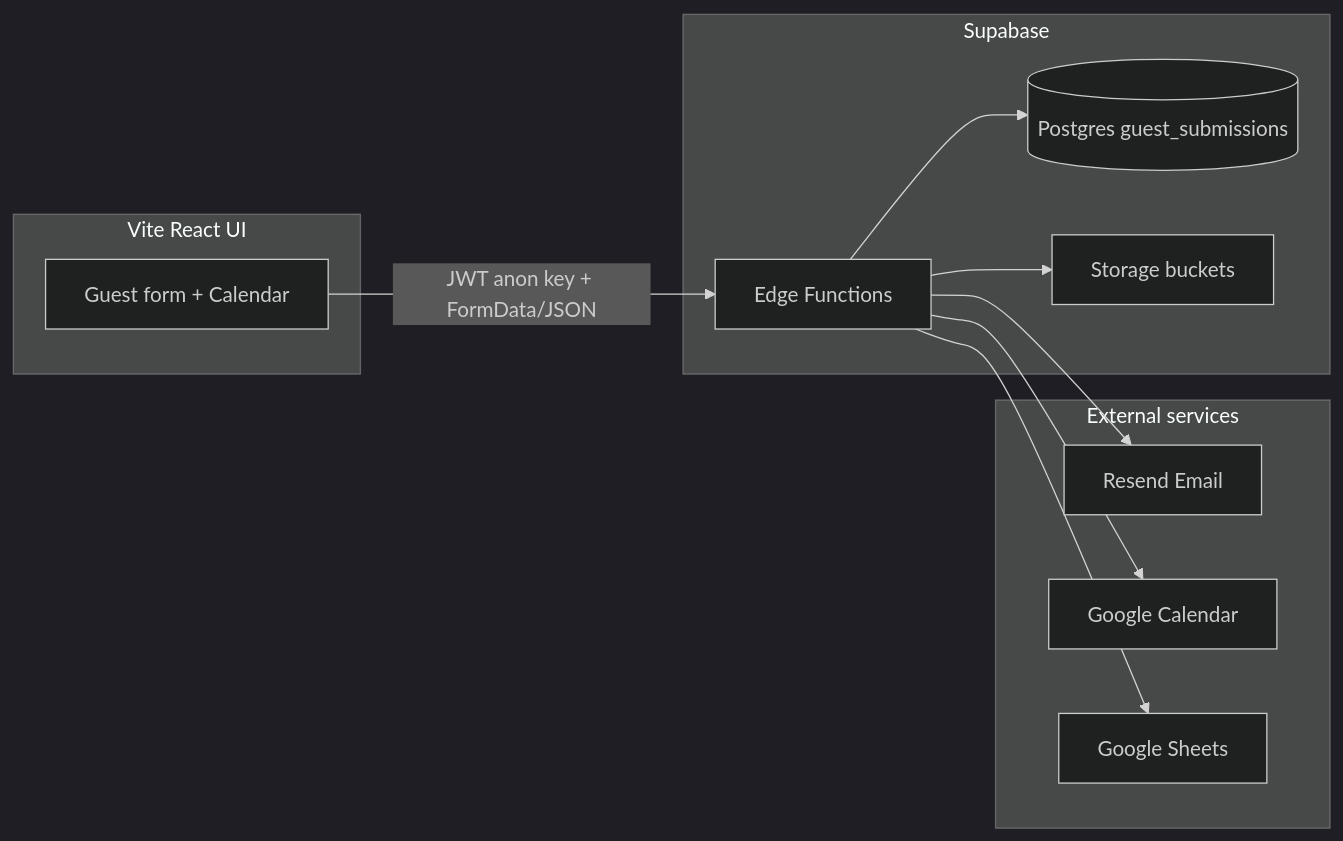
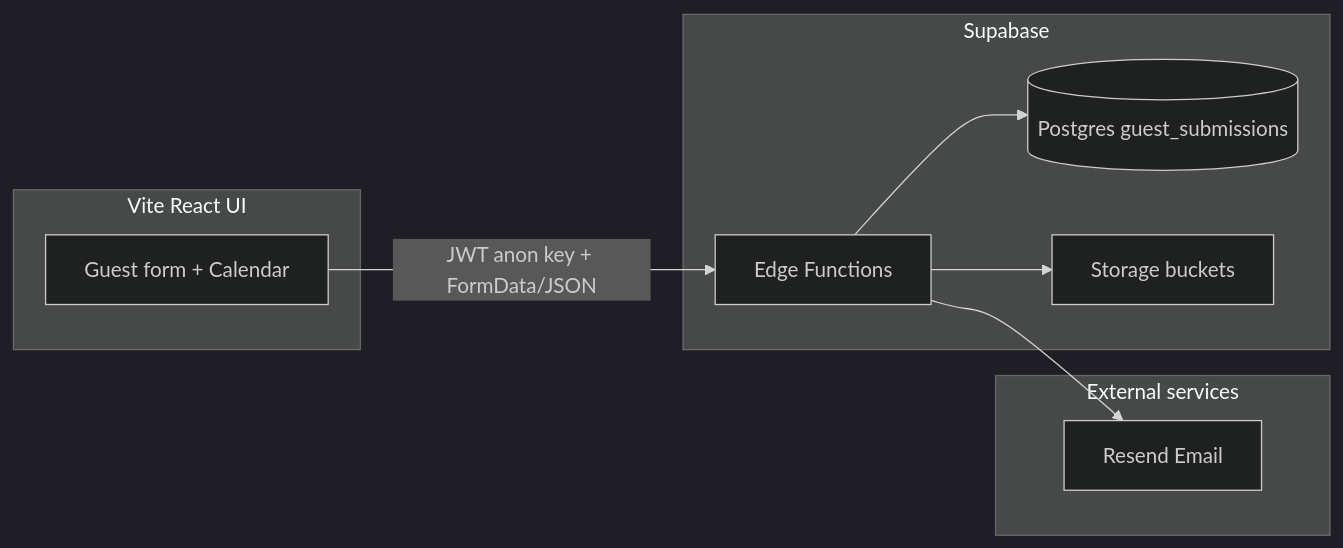
One commit to sprmke/guest-form-management changed the diagram in docs/architecture/overview.md. Above: the diagram before and after it, drawn with Mermaid (dark theme). The commit also changed other lines of this file and 9 other files, not shown here.

Commit message:
docs(docs): document google calendar sheets removal plan

````diff
--- a/docs/architecture/overview.md
+++ b/docs/architecture/overview.md
@@ -29,22 +29,18 @@
 ```mermaid
 flowchart LR
   subgraph client [Vite React UI]
     UI[Guest form + Calendar]
   end
   subgraph supabase [Supabase]
     EF[Edge Functions]
     DB[(Postgres guest_submissions)]
     ST[Storage buckets]
   end
   subgraph external [External services]
     R[Resend Email]
-    GC[Google Calendar]
-    GS[Google Sheets]
   end
   UI -->|JWT anon key + FormData/JSON| EF
   EF --> DB
   EF --> ST
   EF --> R
-  EF --> GC
-  EF --> GS
 ```
````
